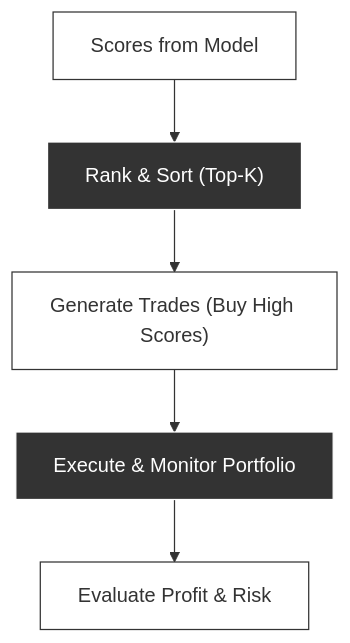
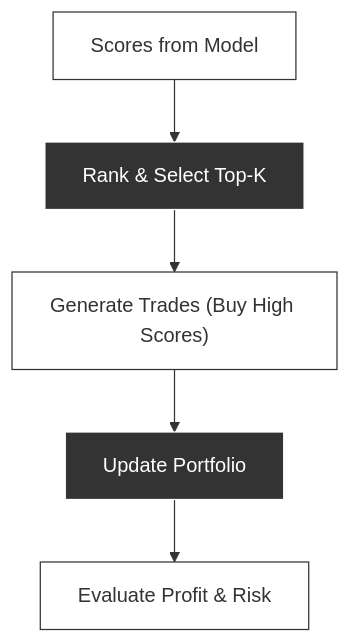
Before and after one commit to nicolad/vadim.blog: the second of 4 diagrams in blog/qlib-ai-quant-workflow-adarnn/index.md, drawn with Mermaid. The commit also changed other lines of this file, not shown here.

````diff
--- a/blog/qlib-ai-quant-workflow-adarnn/index.md
+++ b/blog/qlib-ai-quant-workflow-adarnn/index.md
@@ -89,22 +89,22 @@
 ```mermaid
 flowchart TD
     classDef darkMode fill:#333,stroke:#fff,stroke-width:1px,color:#fff
     classDef lightMode fill:#fff,stroke:#333,stroke-width:1px,color:#333
 
     S["Scores from Model"]:::lightMode
-    R["Rank & Sort (Top-K)"]:::darkMode
+    R["Rank & Select Top-K"]:::darkMode
     T["Generate Trades (Buy High Scores)"]:::lightMode
-    P["Execute & Monitor Portfolio"]:::darkMode
+    P["Update Portfolio"]:::darkMode
     U["Evaluate Profit & Risk"]:::lightMode
 
     S --> R
     R --> T
     T --> P
     P --> U
 
     class S lightMode
     class R darkMode
     class T lightMode
     class P darkMode
     class U lightMode
 ```
````
